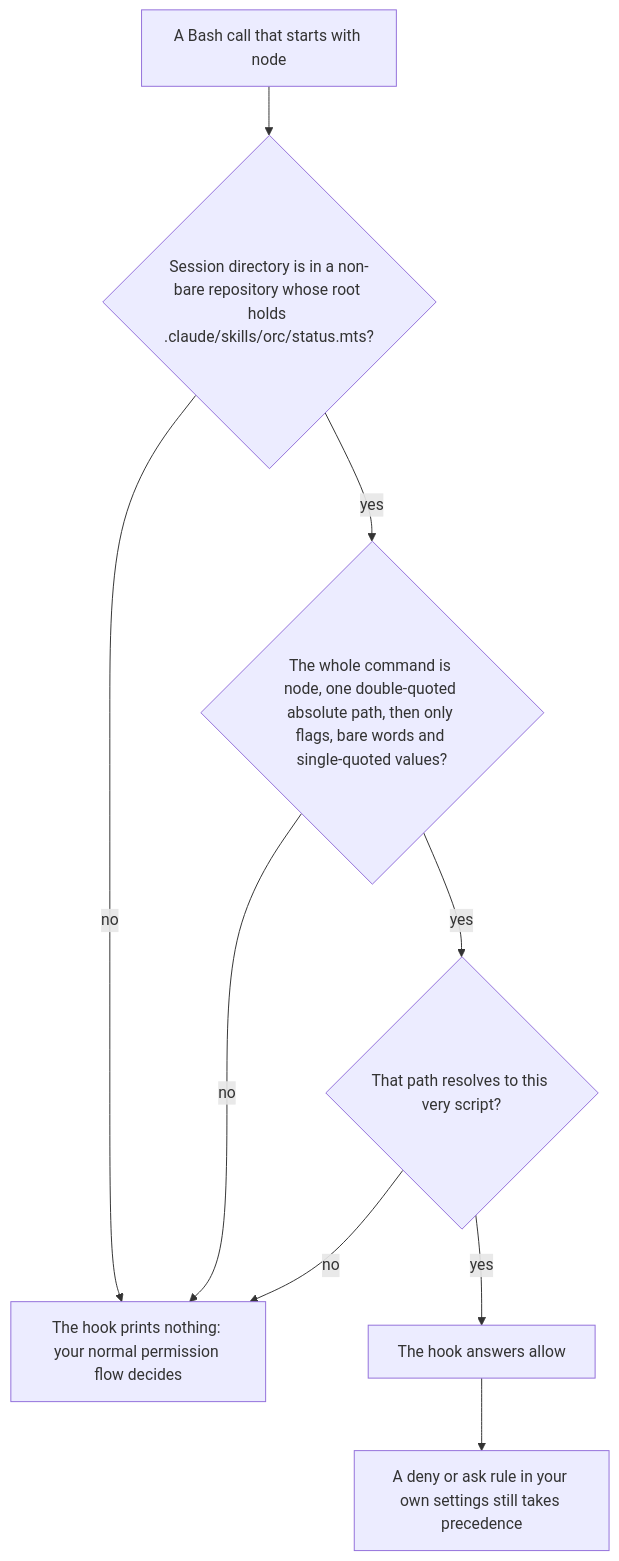
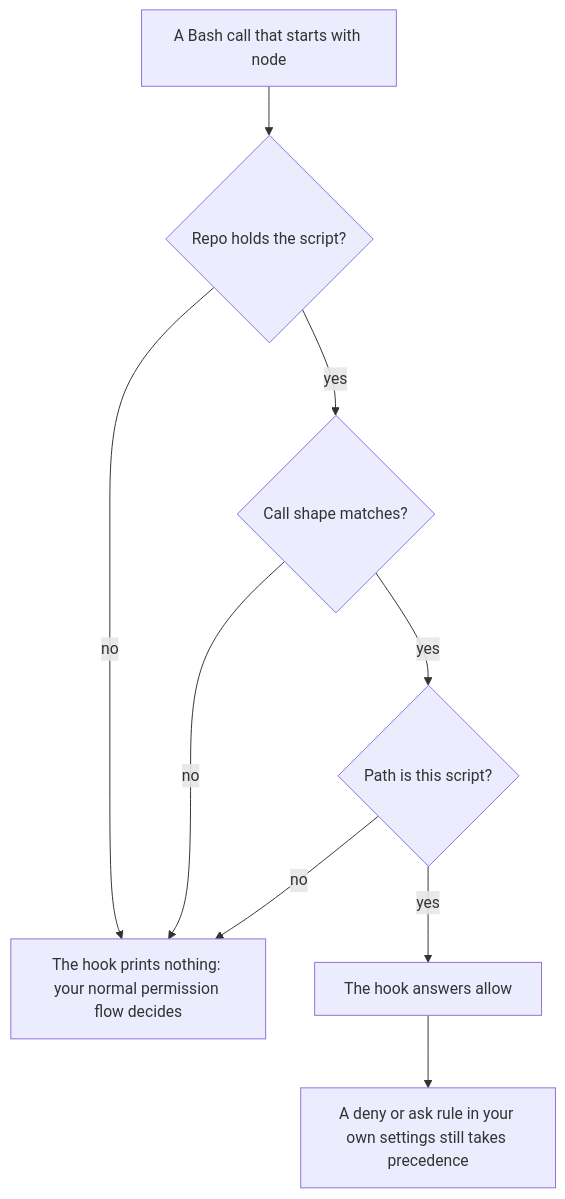
Before and after one commit to Siddharth-Khattar/orchestra: the second of 2 diagrams in docs/how-it-works.md, drawn with Mermaid. The commit also changed other lines of this file and 40 other files, not shown here.

````diff
--- a/docs/how-it-works.md
+++ b/docs/how-it-works.md
@@ -156,11 +163,11 @@
 ```mermaid
 flowchart TD
-    bash["A Bash call that starts with node"] --> find{"Session directory is in a non-bare repository whose root holds .claude/skills/orc/status.mts?"}
+    bash["A Bash call that starts with node"] --> find{"Repo holds the script?"}
     find -- "no" --> silent["The hook prints nothing: your normal permission flow decides"]
-    find -- "yes" --> shape{"The whole command is node, one double-quoted absolute path, then only flags, bare words and single-quoted values?"}
+    find -- "yes" --> shape{"Call shape matches?"}
     shape -- "no" --> silent
-    shape -- "yes" --> self{"That path resolves to this very script?"}
+    shape -- "yes" --> self{"Path is this script?"}
     self -- "no" --> silent
     self -- "yes" --> allow["The hook answers allow"]
     allow --> rules["A deny or ask rule in your own settings still takes precedence"]
 ```
````
